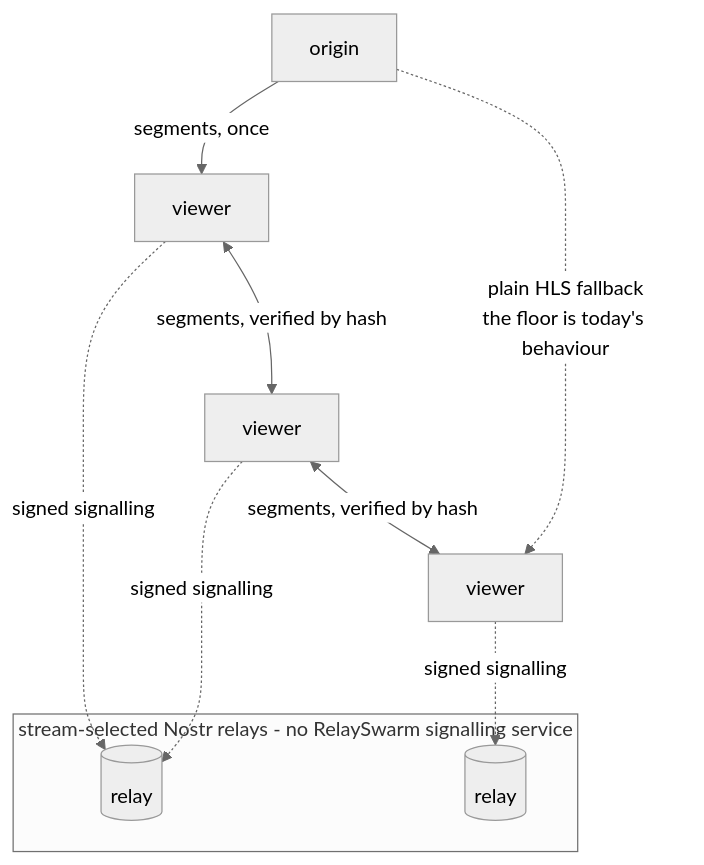
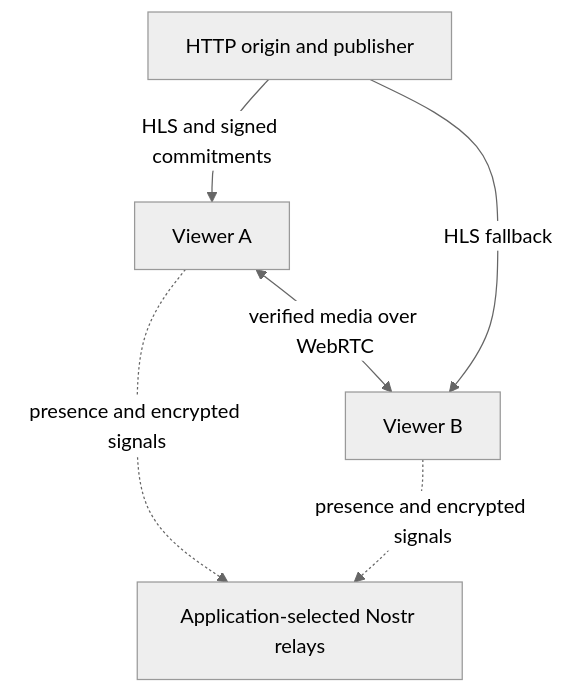
Before and after one commit to forgesworn/relayswarm: the diagram in README.md, drawn with Mermaid (neutral theme). The commit also changed other lines of this file and 22 other files, not shown here.

````diff
--- a/README.md
+++ b/README.md
@@ -34,18 +100,12 @@
 ```mermaid
 flowchart TB
-    O["origin"]
-    A["viewer"]
-    B["viewer"]
-    C["viewer"]
-    subgraph relays["stream-selected Nostr relays - no RelaySwarm signalling service"]
-        R1[("relay")]
-        R2[("relay")]
-    end
-    A -. "signed signalling" .-> R1
-    B -. "signed signalling" .-> R1
-    C -. "signed signalling" .-> R2
-    O -->|"segments, once"| A
-    A <-->|"segments, verified by hash"| B
-    B <-->|"segments, verified by hash"| C
-    O -.->|"plain HLS fallback<br/>the floor is today's behaviour"| C
+    O[HTTP origin and publisher]
+    R[Application-selected Nostr relays]
+    A[Viewer A]
+    B[Viewer B]
+    A -. presence and encrypted signals .-> R
+    B -. presence and encrypted signals .-> R
+    O -->|HLS and signed commitments| A
+    O -->|HLS fallback| B
+    A <-->|verified media over WebRTC| B
 ```
````
